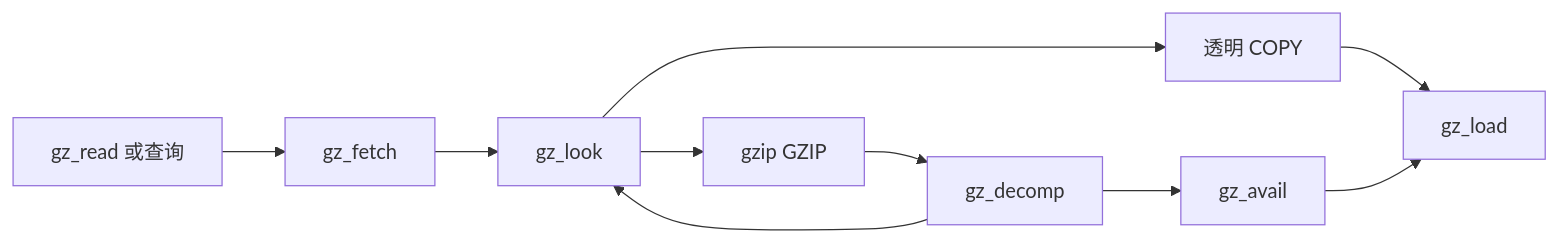
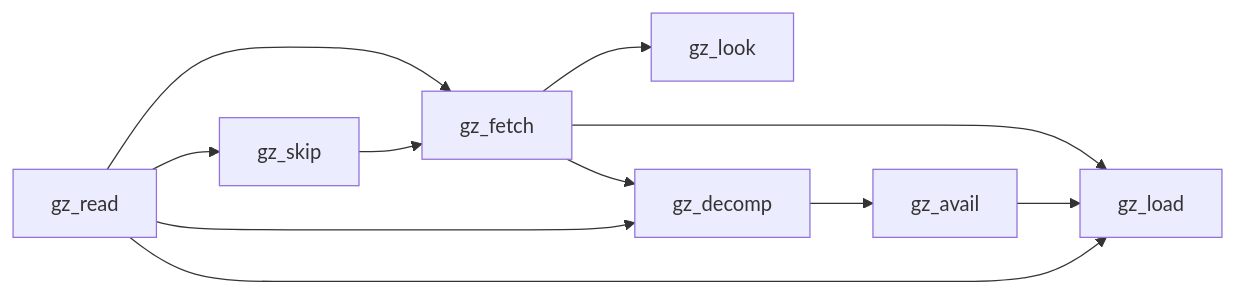
The second of 2 diagrams in docs/proof/gzip.zh.md (cla7aye15I4nd/oss-proof), drawn with Mermaid before and after one commit. The commit also changed other lines of this file and 1 other file, not shown here.

````diff
--- a/docs/proof/gzip.zh.md
+++ b/docs/proof/gzip.zh.md
@@ -32,12 +164,13 @@
 ```mermaid
 flowchart LR
-    A[gz_read 或查询] --> B[gz_fetch]
-    B --> L[gz_look]
-    L --> C[透明 COPY]
-    L --> D[gzip GZIP]
-    C --> R[gz_load]
-    D --> I[gz_decomp]
-    I --> V[gz_avail]
+    A["gz_read"] --> S["gz_skip"]
+    A --> B["gz_fetch"]
+    S --> B
+    B --> L["gz_look"]
+    B --> D["gz_decomp"]
+    B --> R["gz_load"]
+    D --> V["gz_avail"]
     V --> R
-    I --> L
+    A --> D
+    A --> R
 ```
````
